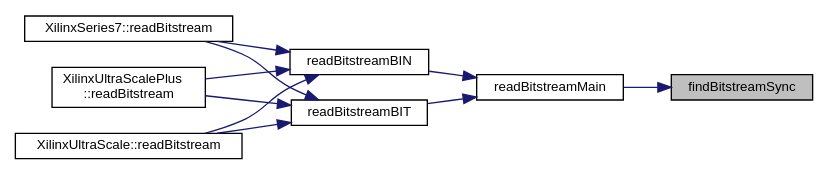
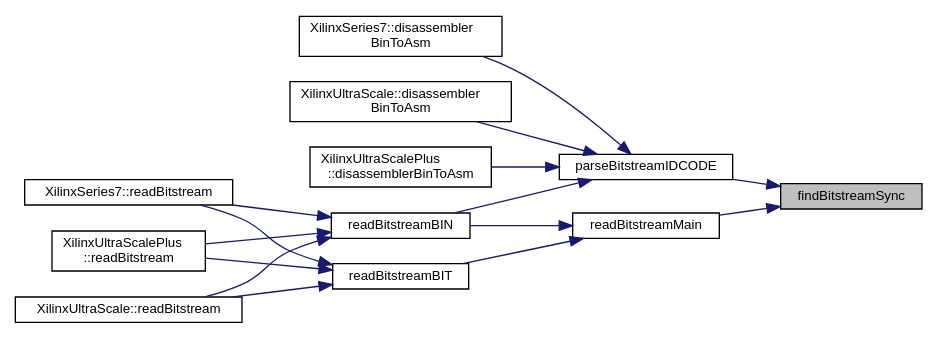
The diagram in inlineInput_8h_a28adcfbf629a14df2fab79e403e9f098_icgraph.dot (FPGA-Research-Manchester/byteman), drawn with Graphviz before and after one commit. The commit also changed 333 other files, not shown here.

```diff
--- a/inlineInput_8h_a28adcfbf629a14df2fab79e403e9f098_icgraph.dot
+++ b/inlineInput_8h_a28adcfbf629a14df2fab79e403e9f098_icgraph.dot
@@ -1,24 +1,33 @@
 digraph "findBitstreamSync"
 {
  // INTERACTIVE_SVG=YES
  // LATEX_PDF_SIZE
   edge [fontname="Helvetica",fontsize="10",labelfontname="Helvetica",labelfontsize="10"];
   node [fontname="Helvetica",fontsize="10",shape=record];
   rankdir="RL";
   Node1 [label="findBitstreamSync",height=0.2,width=0.4,color="black", fillcolor="grey75", style="filled", fontcolor="black",tooltip=" "];
   Node1 -> Node2 [dir="back",color="midnightblue",fontsize="10",style="solid",fontname="Helvetica"];
-  Node2 [label="readBitstreamMain",height=0.2,width=0.4,color="black", fillcolor="white", style="filled",URL="$inlineInput_8h.html#a0487f8d718905360038fc67d9cfbe63c",tooltip=" "];
+  Node2 [label="parseBitstreamIDCODE",height=0.2,width=0.4,color="black", fillcolor="white", style="filled",URL="$inlineInput_8h.html#aaca4e37f11bf6f869a9f1296b5b0182a",tooltip=" "];
   Node2 -> Node3 [dir="back",color="midnightblue",fontsize="10",style="solid",fontname="Helvetica"];
-  Node3 [label="readBitstreamBIN",height=0.2,width=0.4,color="black", fillcolor="white", style="filled",URL="$inlineInput_8h.html#ada7d4f59a2b9aa44680a400d5bd37ec5",tooltip=" "];
-  Node3 -> Node4 [dir="back",color="midnightblue",fontsize="10",style="solid",fontname="Helvetica"];
-  Node4 [label="XilinxSeries7::readBitstream",height=0.2,width=0.4,color="black", fillcolor="white", style="filled",URL="$classXilinxSeries7.html#a81a5d771b3230f2442613574c522f7c8",tooltip=" "];
-  Node3 -> Node5 [dir="back",color="midnightblue",fontsize="10",style="solid",fontname="Helvetica"];
-  Node5 [label="XilinxUltraScalePlus\l::readBitstream",height=0.2,width=0.4,color="black", fillcolor="white", style="filled",URL="$classXilinxUltraScalePlus.html#a0e5d08a2e5c37a29a1a04d50b48739d2",tooltip=" "];
-  Node3 -> Node6 [dir="back",color="midnightblue",fontsize="10",style="solid",fontname="Helvetica"];
-  Node6 [label="XilinxUltraScale::readBitstream",height=0.2,width=0.4,color="black", fillcolor="white", style="filled",URL="$classXilinxUltraScale.html#a8d9e8e7846e7af191060d73b21024d8a",tooltip=" "];
-  Node2 -> Node7 [dir="back",color="midnightblue",fontsize="10",style="solid",fontname="Helvetica"];
-  Node7 [label="readBitstreamBIT",height=0.2,width=0.4,color="black", fillcolor="white", style="filled",URL="$inlineInput_8h.html#a2015af67475241b52cb4fdd54ab6577e",tooltip=" "];
-  Node7 -> Node4 [dir="back",color="midnightblue",fontsize="10",style="solid",fontname="Helvetica"];
-  Node7 -> Node5 [dir="back",color="midnightblue",fontsize="10",style="solid",fontname="Helvetica"];
-  Node7 -> Node6 [dir="back",color="midnightblue",fontsize="10",style="solid",fontname="Helvetica"];
+  Node3 [label="XilinxSeries7::disassembler\lBinToAsm",height=0.2,width=0.4,color="black", fillcolor="white", style="filled",URL="$classXilinxSeries7.html#a84088520559c05409ffe2526e77fcdf0",tooltip=" "];
+  Node2 -> Node4 [dir="back",color="midnightblue",fontsize="10",style="solid",fontname="Helvetica"];
+  Node4 [label="XilinxUltraScale::disassembler\lBinToAsm",height=0.2,width=0.4,color="black", fillcolor="white", style="filled",URL="$classXilinxUltraScale.html#a470d66f10ef1212ea12b319f56ab1e07",tooltip=" "];
+  Node2 -> Node5 [dir="back",color="midnightblue",fontsize="10",style="solid",fontname="Helvetica"];
+  Node5 [label="XilinxUltraScalePlus\l::disassemblerBinToAsm",height=0.2,width=0.4,color="black", fillcolor="white", style="filled",URL="$classXilinxUltraScalePlus.html#a9e8e5752150904ec460d01861957997f",tooltip=" "];
+  Node2 -> Node6 [dir="back",color="midnightblue",fontsize="10",style="solid",fontname="Helvetica"];
+  Node6 [label="readBitstreamBIN",height=0.2,width=0.4,color="black", fillcolor="white", style="filled",URL="$inlineInput_8h.html#ada7d4f59a2b9aa44680a400d5bd37ec5",tooltip=" "];
+  Node6 -> Node7 [dir="back",color="midnightblue",fontsize="10",style="solid",fontname="Helvetica"];
+  Node7 [label="XilinxSeries7::readBitstream",height=0.2,width=0.4,color="black", fillcolor="white", style="filled",URL="$classXilinxSeries7.html#a81a5d771b3230f2442613574c522f7c8",tooltip=" "];
+  Node6 -> Node8 [dir="back",color="midnightblue",fontsize="10",style="solid",fontname="Helvetica"];
+  Node8 [label="XilinxUltraScalePlus\l::readBitstream",height=0.2,width=0.4,color="black", fillcolor="white", style="filled",URL="$classXilinxUltraScalePlus.html#a0e5d08a2e5c37a29a1a04d50b48739d2",tooltip=" "];
+  Node6 -> Node9 [dir="back",color="midnightblue",fontsize="10",style="solid",fontname="Helvetica"];
+  Node9 [label="XilinxUltraScale::readBitstream",height=0.2,width=0.4,color="black", fillcolor="white", style="filled",URL="$classXilinxUltraScale.html#a8d9e8e7846e7af191060d73b21024d8a",tooltip=" "];
+  Node1 -> Node10 [dir="back",color="midnightblue",fontsize="10",style="solid",fontname="Helvetica"];
+  Node10 [label="readBitstreamMain",height=0.2,width=0.4,color="black", fillcolor="white", style="filled",URL="$inlineInput_8h.html#a0487f8d718905360038fc67d9cfbe63c",tooltip=" "];
+  Node10 -> Node6 [dir="back",color="midnightblue",fontsize="10",style="solid",fontname="Helvetica"];
+  Node10 -> Node11 [dir="back",color="midnightblue",fontsize="10",style="solid",fontname="Helvetica"];
+  Node11 [label="readBitstreamBIT",height=0.2,width=0.4,color="black", fillcolor="white", style="filled",URL="$inlineInput_8h.html#a2015af67475241b52cb4fdd54ab6577e",tooltip=" "];
+  Node11 -> Node7 [dir="back",color="midnightblue",fontsize="10",style="solid",fontname="Helvetica"];
+  Node11 -> Node8 [dir="back",color="midnightblue",fontsize="10",style="solid",fontname="Helvetica"];
+  Node11 -> Node9 [dir="back",color="midnightblue",fontsize="10",style="solid",fontname="Helvetica"];
 }
```
